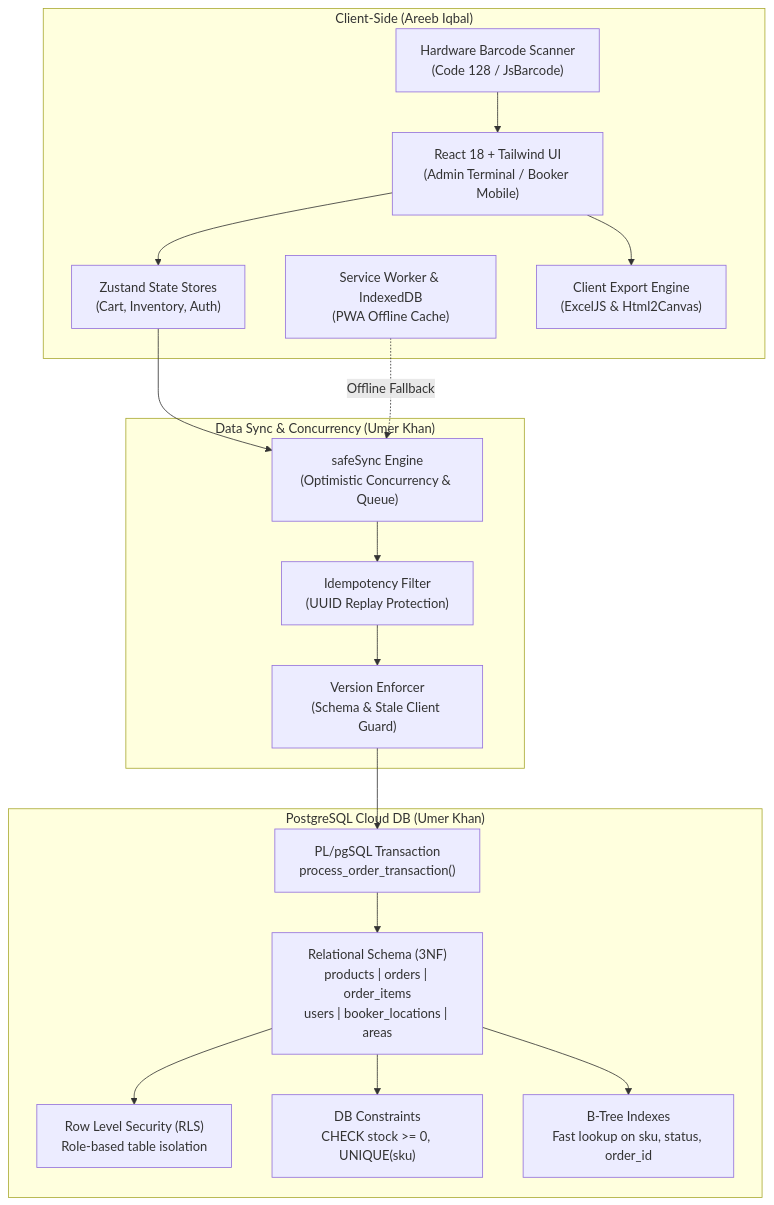
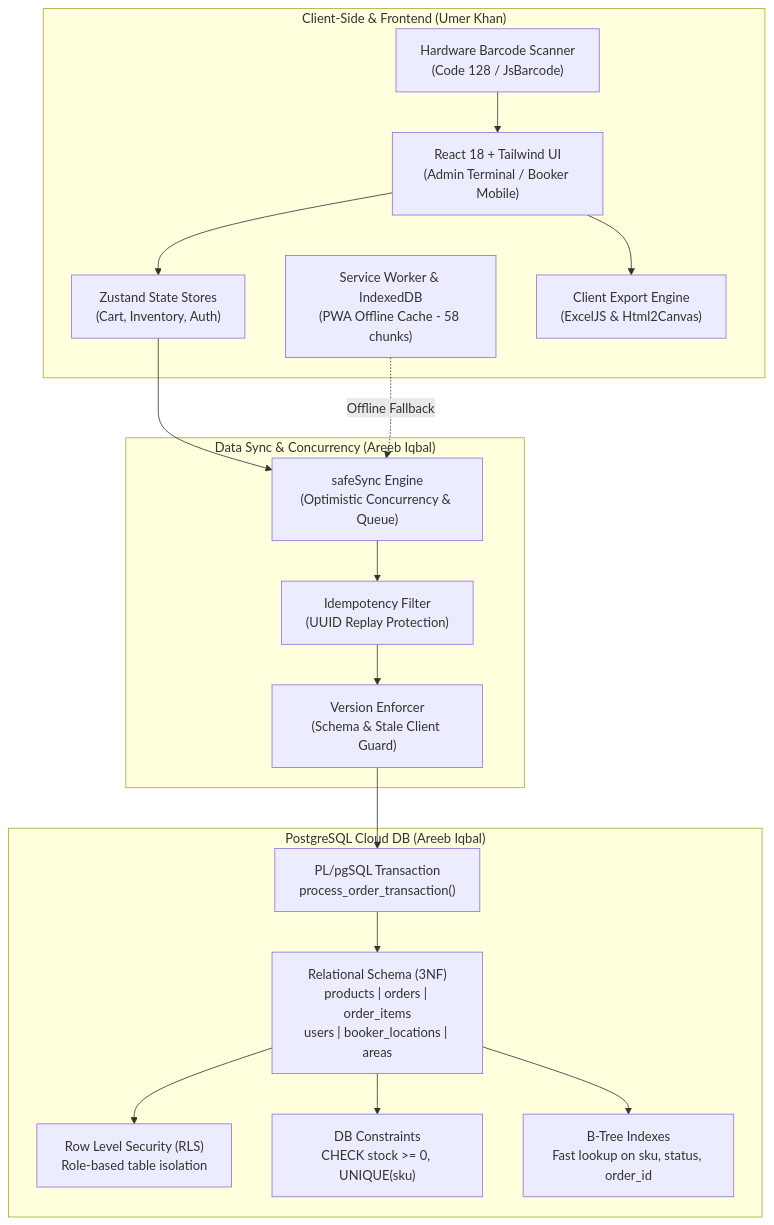
Before and after one commit to AreebIqbal6/Shaheen-Traders-POS: the diagram in docs/DBMS_PROJECT_DEFENSE_GUIDE.md, drawn with Mermaid. The commit also changed other lines of this file and 2 other files, not shown here.

Commit message:
docs: assign database to Areeb Iqbal and frontend to Umer Khan in defense guide

````diff
--- a/docs/DBMS_PROJECT_DEFENSE_GUIDE.md
+++ b/docs/DBMS_PROJECT_DEFENSE_GUIDE.md
@@ -49,38 +45,38 @@
 ```mermaid
 flowchart TD
-    subgraph Client_Side ["Client-Side (Areeb Iqbal)"]
+    subgraph Client_Side ["Client-Side & Frontend (Umer Khan)"]
         UI["React 18 + Tailwind UI\n(Admin Terminal / Booker Mobile)"]
         Zustand["Zustand State Stores\n(Cart, Inventory, Auth)"]
-        SW["Service Worker & IndexedDB\n(PWA Offline Cache)"]
+        SW["Service Worker & IndexedDB\n(PWA Offline Cache - 58 chunks)"]
         Scanner["Hardware Barcode Scanner\n(Code 128 / JsBarcode)"]
         Excel["Client Export Engine\n(ExcelJS & Html2Canvas)"]
     end
 
-    subgraph Middleware ["Data Sync & Concurrency (Umer Khan)"]
+    subgraph Middleware ["Data Sync & Concurrency (Areeb Iqbal)"]
         SafeSync["safeSync Engine\n(Optimistic Concurrency & Queue)"]
         Idempotency["Idempotency Filter\n(UUID Replay Protection)"]
         Version["Version Enforcer\n(Schema & Stale Client Guard)"]
     end
 
-    subgraph Database_Server ["PostgreSQL Cloud DB (Umer Khan)"]
+    subgraph Database_Server ["PostgreSQL Cloud DB (Areeb Iqbal)"]
         RPC["PL/pgSQL Transaction\nprocess_order_transaction()"]
         Tables["Relational Schema (3NF)\nproducts | orders | order_items\nusers | booker_locations | areas"]
         RLS["Row Level Security (RLS)\nRole-based table isolation"]
         Constraints["DB Constraints\nCHECK stock >= 0, UNIQUE(sku)"]
         BTree["B-Tree Indexes\nFast lookup on sku, status, order_id"]
     end
 
     UI --> Zustand
     Zustand --> SafeSync
     SW -. Offline Fallback .-> SafeSync
     Scanner --> UI
     UI --> Excel
 
     SafeSync --> Idempotency
     Idempotency --> Version
     Version --> RPC
     RPC --> Tables
     Tables --> Constraints
     Tables --> BTree
     Tables --> RLS
 ```
````
